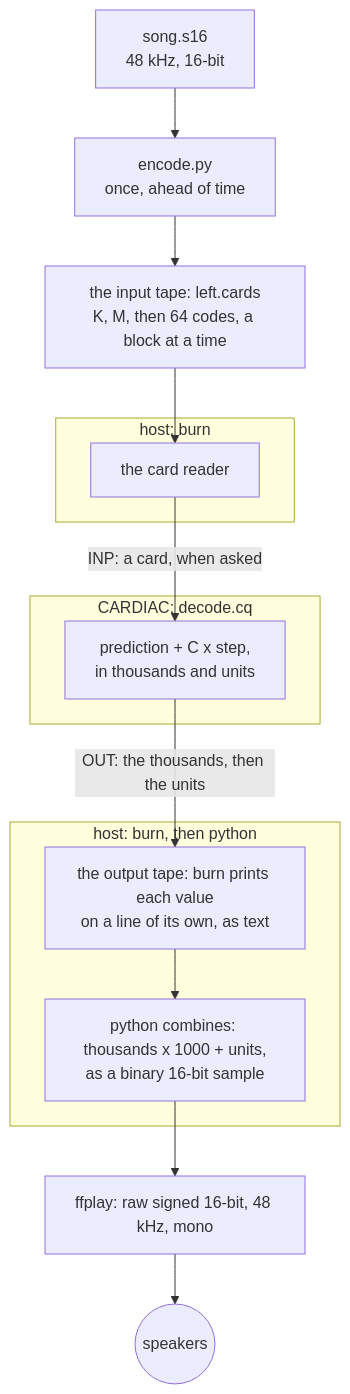
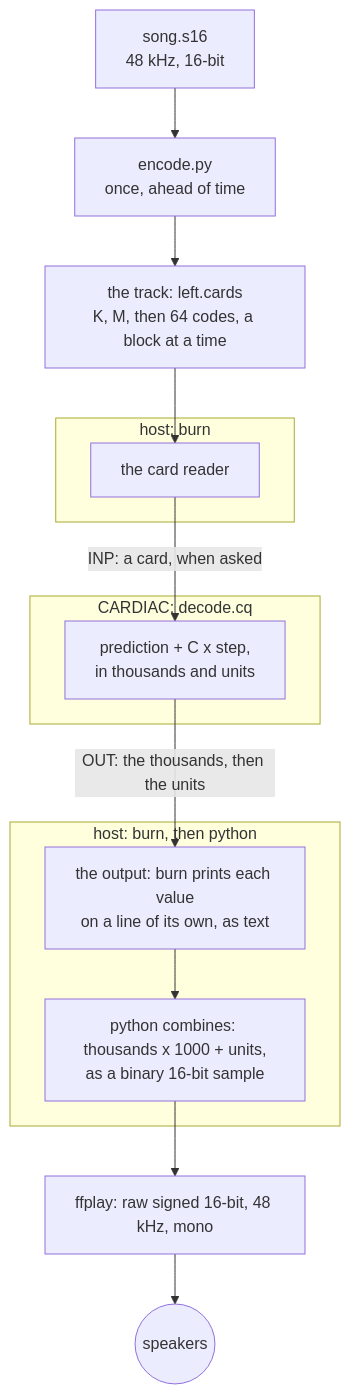
The third of 4 diagrams in docs/AUDIO.md (StrangeQuery/cardiaq), drawn with Mermaid before and after one commit. The commit also changed other lines of this file and 6 other files, not shown here.

````diff
--- a/docs/AUDIO.md
+++ b/docs/AUDIO.md
@@ -458,18 +458,18 @@
 ```mermaid
 flowchart TD
   A["song.s16<br/>48 kHz, 16-bit"] --> E["encode.py<br/>once, ahead of time"]
-  E --> F["the input tape: left.cards<br/>K, M, then 64 codes, a block at a time"]
+  E --> F["the track: left.cards<br/>K, M, then 64 codes, a block at a time"]
   subgraph host1 ["host: burn"]
     R["the card reader"]
   end
   subgraph cardiac ["CARDIAC: decode.cq"]
     D["prediction + C x step,<br/>in thousands and units"]
   end
   subgraph host2 ["host: burn, then python"]
-    P["the output tape: burn prints each value<br/>on a line of its own, as text"] --> J["python combines: thousands x 1000 + units,<br/>as a binary 16-bit sample"]
+    P["the output: burn prints each value<br/>on a line of its own, as text"] --> J["python combines: thousands x 1000 + units,<br/>as a binary 16-bit sample"]
   end
   F --> R
   R -- "INP: a card, when asked" --> D
   D -- "OUT: the thousands, then the units" --> P
   J --> FF["ffplay: raw signed 16-bit, 48 kHz, mono"] --> SP(("speakers"))
 ```
````
